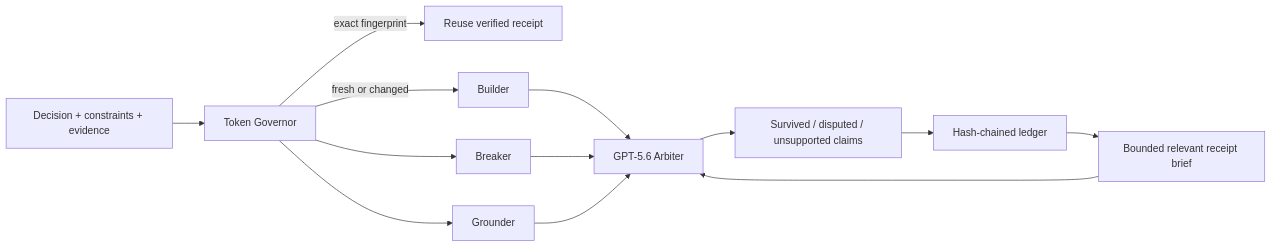
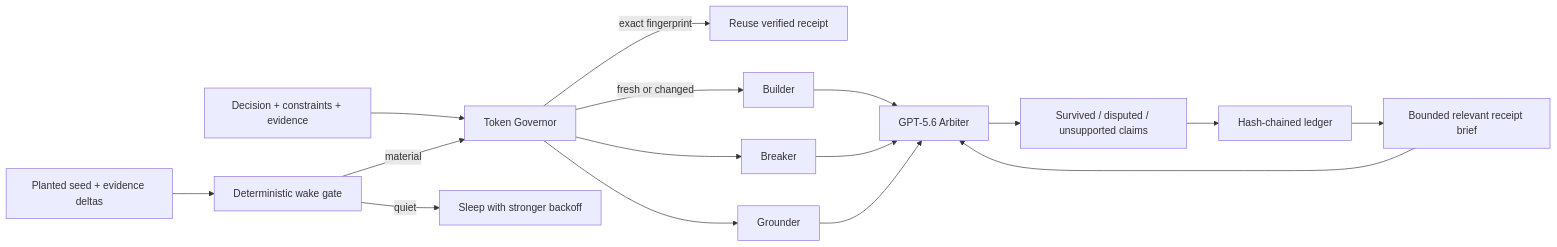
Before and after one commit to vanzantium/dissent-garden: the diagram in README.md, drawn with Mermaid. The commit also changed other lines of this file and 11 other files, not shown here.

````diff
--- a/README.md
+++ b/README.md
@@ -91,15 +116,18 @@
 ```mermaid
 flowchart LR
     D[Decision + constraints + evidence] --> G[Token Governor]
+    S[Planted seed + evidence deltas] --> W[Deterministic wake gate]
+    W -->|quiet| Q[Sleep with stronger backoff]
+    W -->|material| G
     G -->|exact fingerprint| R[Reuse verified receipt]
     G -->|fresh or changed| B[Builder]
     G --> K[Breaker]
     G --> O[Grounder]
     B --> A[GPT-5.6 Arbiter]
     K --> A
     O --> A
     M[Bounded relevant receipt brief] --> A
     A --> C[Survived / disputed / unsupported claims]
     C --> L[Hash-chained ledger]
     L --> M
 ```
````
